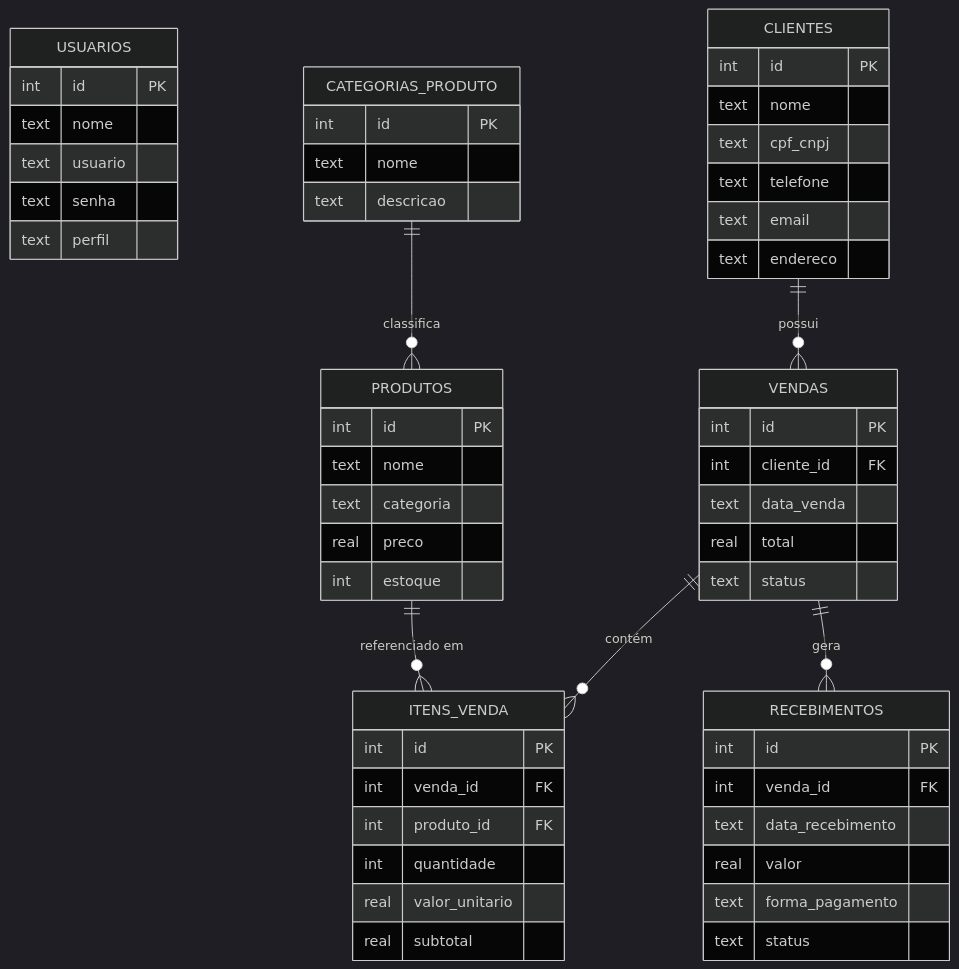
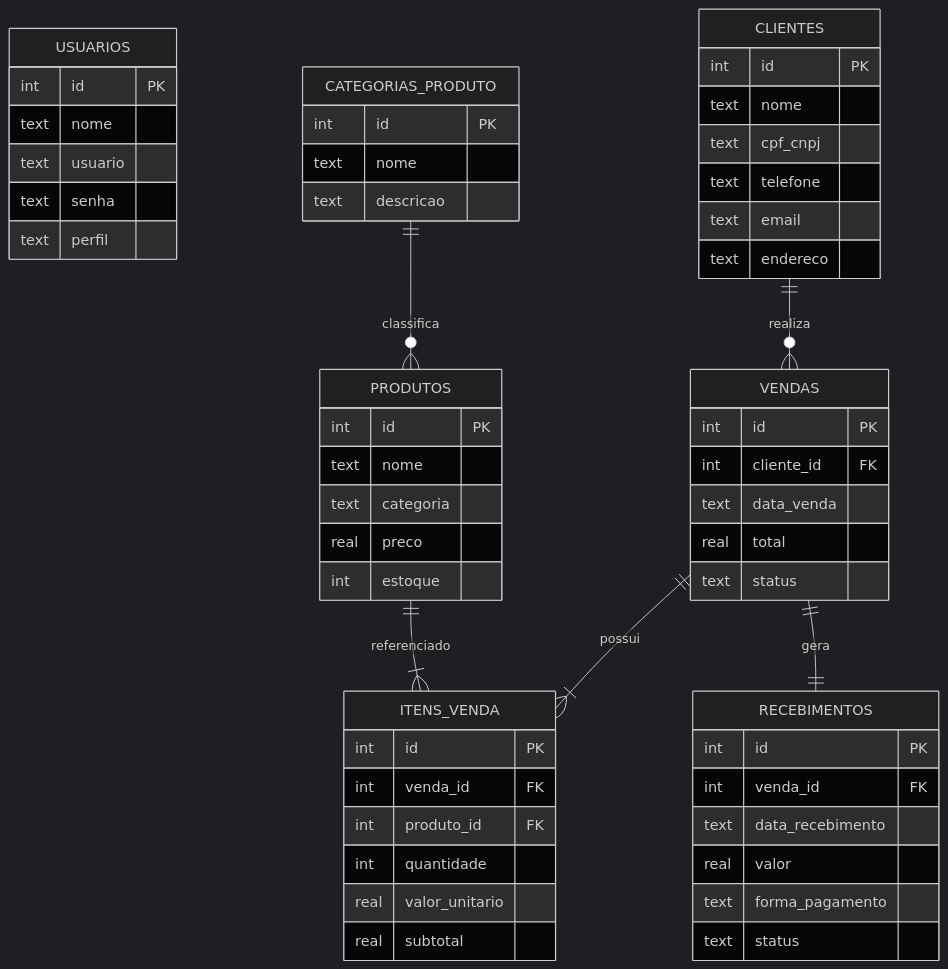
The third of 11 diagrams in README.md (EduardoHenrrykSimonato/sistema-gestao-comercial), drawn with Mermaid (dark theme) before and after one commit. The commit also changed other lines of this file and 3 other files, not shown here.

Commit message:
docs: auditoria e sincronizacao de todos os diagramas Mermaid do projeto

````diff
--- a/README.md
+++ b/README.md
@@ -136,65 +140,65 @@
 ```mermaid
 erDiagram
     USUARIOS {
         int id PK
         text nome
         text usuario
         text senha
         text perfil
     }
 
     CLIENTES {
         int id PK
         text nome
         text cpf_cnpj
         text telefone
         text email
         text endereco
     }
 
     CATEGORIAS_PRODUTO {
         int id PK
         text nome
         text descricao
     }
 
     PRODUTOS {
         int id PK
         text nome
         text categoria
         real preco
         int estoque
     }
 
     VENDAS {
         int id PK
         int cliente_id FK
         text data_venda
         real total
         text status
     }
 
     ITENS_VENDA {
         int id PK
         int venda_id FK
         int produto_id FK
         int quantidade
         real valor_unitario
         real subtotal
     }
 
     RECEBIMENTOS {
         int id PK
         int venda_id FK
         text data_recebimento
         real valor
         text forma_pagamento
         text status
     }
 
-    CLIENTES ||--o{ VENDAS : "possui"
-    VENDAS ||--o{ ITENS_VENDA : "contém"
-    PRODUTOS ||--o{ ITENS_VENDA : "referenciado em"
-    VENDAS ||--o{ RECEBIMENTOS : "gera"
+    CLIENTES ||--o{ VENDAS : "realiza"
+    VENDAS ||--|{ ITENS_VENDA : "possui"
+    PRODUTOS ||--|{ ITENS_VENDA : "referenciado"
+    VENDAS ||--|| RECEBIMENTOS : "gera"
     CATEGORIAS_PRODUTO ||--o{ PRODUTOS : "classifica"
 ```
````
